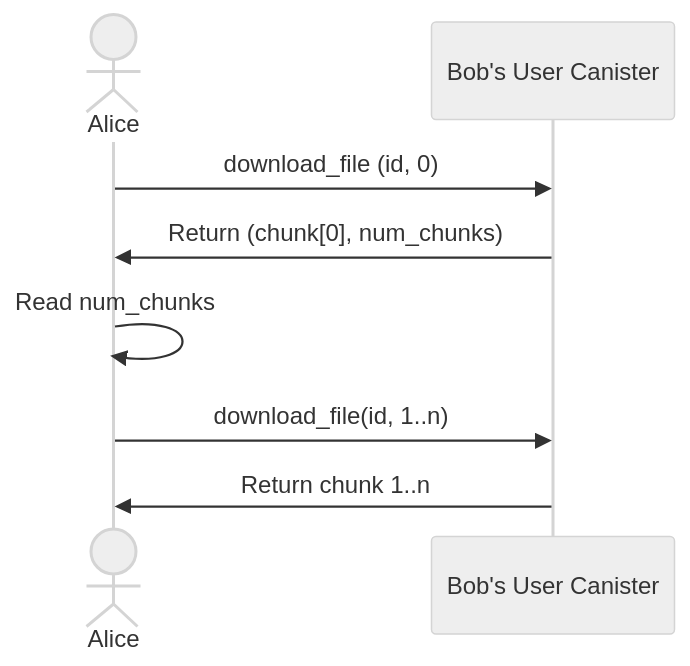
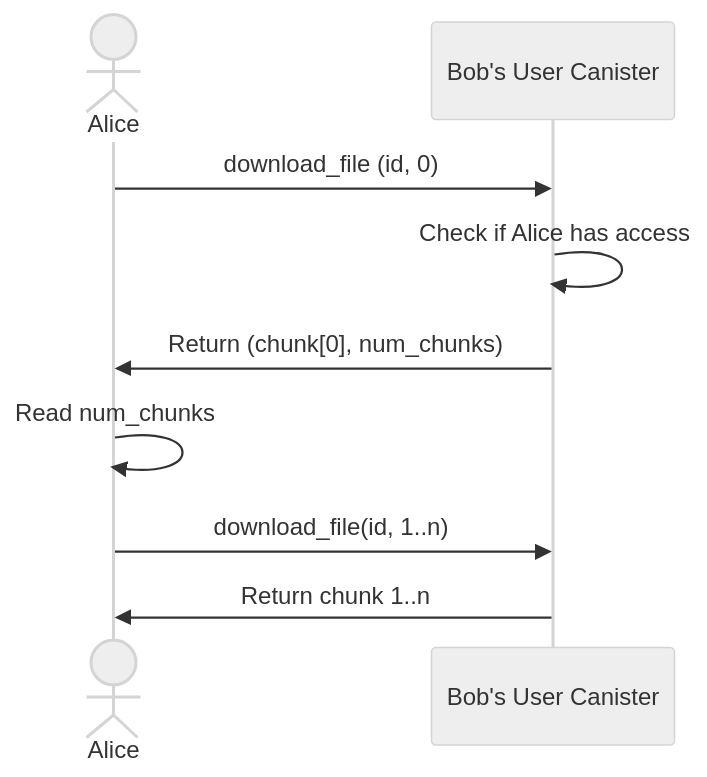
The fifth of 8 diagrams in docs/flows.md (icp-hub-it/ic-docutrack), drawn with Mermaid (neutral theme) before and after one commit.

````diff
--- a/docs/flows.md
+++ b/docs/flows.md
@@ -71,11 +71,12 @@
 ```mermaid
 sequenceDiagram
     actor A as Alice
     participant UC as Bob's User Canister
     A->>UC: download_file (id, 0)
+    UC->>UC: Check if Alice has access
     UC->>A: Return (chunk[0], num_chunks)
     A->>A: Read num_chunks
     A->>UC: download_file(id, 1..n)
     UC->>A: Return chunk 1..n
 
 ```
````
